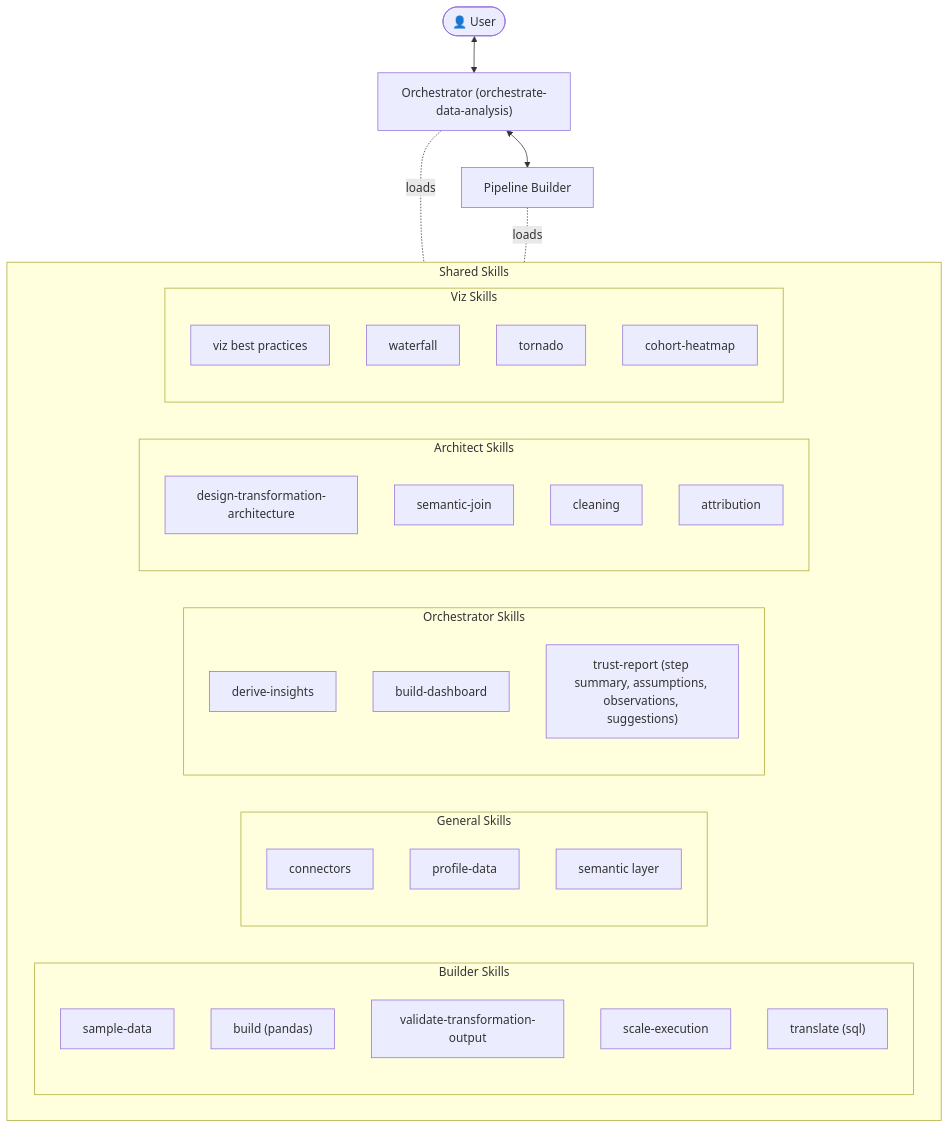
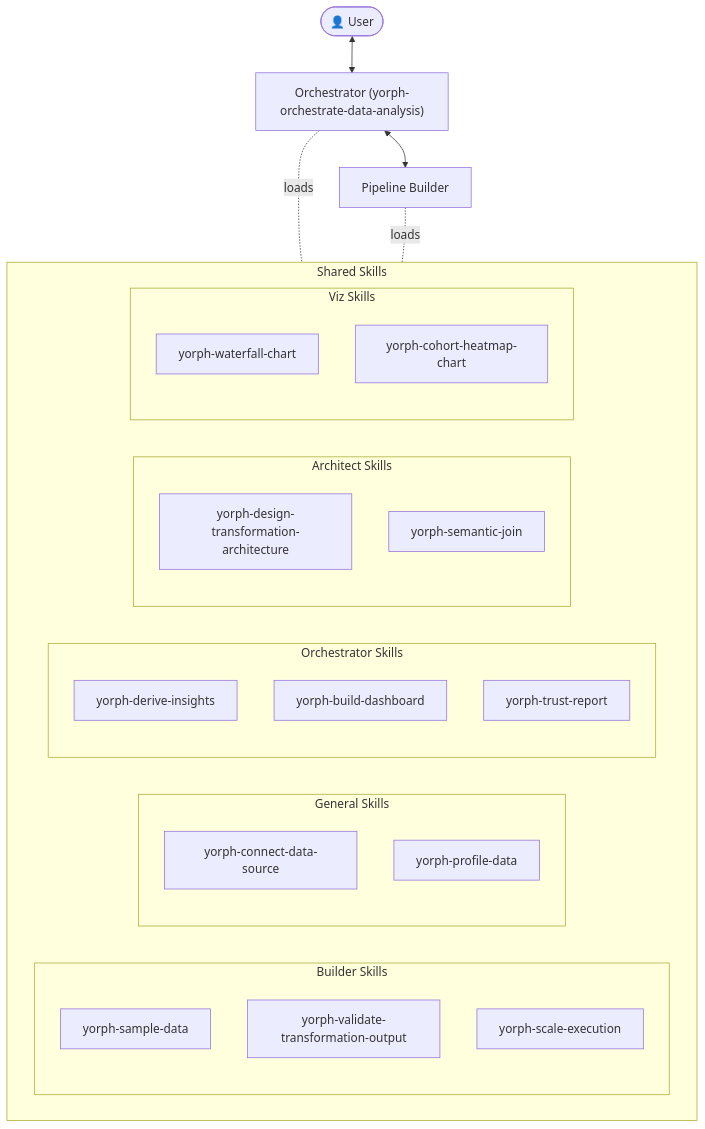
The diagram in plugins/yorph-data-analyst/README.md (YorphAI/plugin-marketplace), drawn with Mermaid before and after one commit. The commit also changed other lines of this file and 37 other files, not shown here.

````diff
--- a/plugins/yorph-data-analyst/README.md
+++ b/plugins/yorph-data-analyst/README.md
@@ -61,44 +61,37 @@
 ```mermaid
 flowchart TD
     User(["👤 User"])
 
-    ORC["Orchestrator (orchestrate-data-analysis)"]
+    ORC["Orchestrator (yorph-orchestrate-data-analysis)"]
 
     PB["Pipeline Builder"]
 
     subgraph SH["Shared Skills"]
         subgraph BS["Builder Skills"]
-            Sample["sample-data"]
-            BX["build (pandas)"]
-            Validate["validate-transformation-output"]
-            Scale["scale-execution"]
-            Translate["translate (sql)"]
+            Sample["yorph-sample-data"]
+            Validate["yorph-validate-transformation-output"]
+            Scale["yorph-scale-execution"]
         end
         subgraph GS["General Skills"]
-            CN["connectors"]
-            GL["profile-data"]
-            SL["semantic layer"]
+            CN["yorph-connect-data-source"]
+            GL["yorph-profile-data"]
         end
         subgraph OS["Orchestrator Skills"]
-            Insights["derive-insights"]
-            Viz["build-dashboard"]
-            Trust["trust-report (step summary, assumptions, observations, suggestions)"]
+            Insights["yorph-derive-insights"]
+            Viz["yorph-build-dashboard"]
+            Trust["yorph-trust-report"]
         end
         subgraph AS["Architect Skills"]
-            Architect["design-transformation-architecture"]
-            SJ["semantic-join"]
-            CL["cleaning"]
-            AT["attribution"]
+            Architect["yorph-design-transformation-architecture"]
+            SJ["yorph-semantic-join"]
         end
         subgraph VS["Viz Skills"]
-            VGP["viz best practices"]
-            WF["waterfall"]
-            TR["tornado"]
-            CH["cohort-heatmap"]
+            WF["yorph-waterfall-chart"]
+            CH["yorph-cohort-heatmap-chart"]
         end
     end
 
     User <--> ORC <--> PB
     ORC -. loads .- SH
     PB -. loads .- SH
 ```
````
